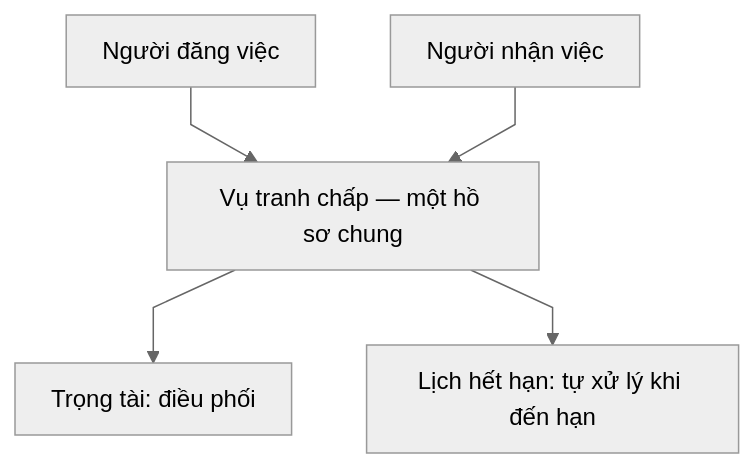
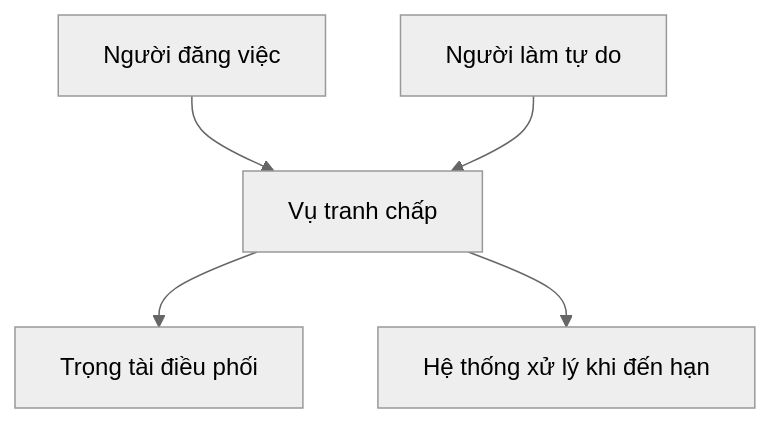
One commit to dmt041104111003/docs-nckh changed the third of 3 diagrams in flow-tổng-quan.md. Above: the diagram before and after it, drawn with Mermaid (neutral theme). The commit also changed other lines of this file and 8 other files, not shown here.

````diff
--- a/flow-tổng-quan.md
+++ b/flow-tổng-quan.md
@@ -97,9 +90,8 @@
 ```mermaid
-%%{init: {"flowchart": {"curve": "linear", "padding": 12}}}%%
 flowchart TB
-  V[Vụ tranh chấp — một hồ sơ chung]
+  V[Vụ tranh chấp]
   P[Người đăng việc] --> V
-  F[Người nhận việc] --> V
-  V --> T[Trọng tài: điều phối]
-  V --> M[Lịch hết hạn: tự xử lý khi đến hạn]
+  F[Người làm tự do] --> V
+  V --> T[Trọng tài điều phối]
+  V --> M[Hệ thống xử lý khi đến hạn]
 ```
````
